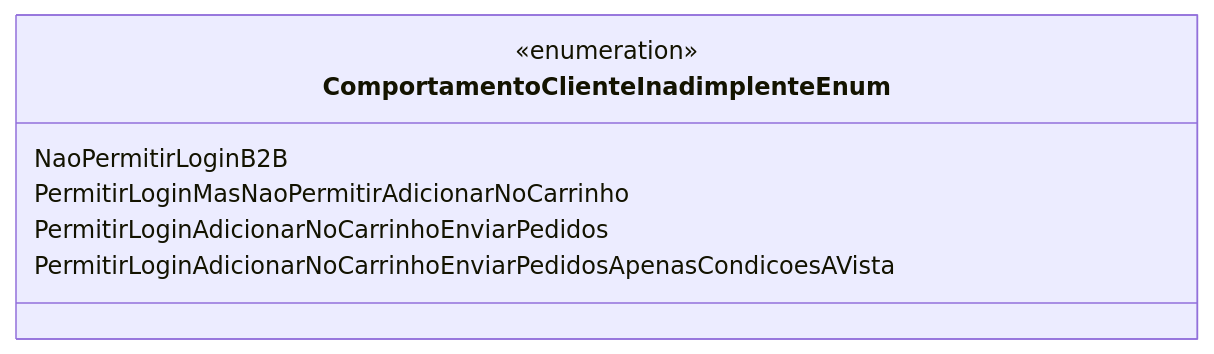
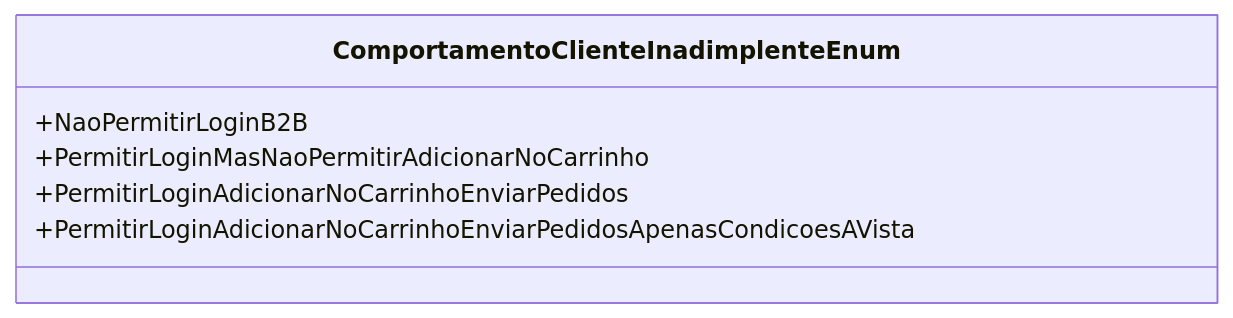
The diagram in docs/b2b-dominio/IsthmusWinthor.Nucleo/IsthmusWinthor.Dominio/Enumeradores/ComportamentoClienteInadimplenteEnum.md (IsthmusSistemas/documentacao-tecnica), drawn with Mermaid before and after one commit. The commit also changed other lines of this file and 882 other files, not shown here.

````diff
--- a/docs/b2b-dominio/IsthmusWinthor.Nucleo/IsthmusWinthor.Dominio/Enumeradores/ComportamentoClienteInadimplenteEnum.md
+++ b/docs/b2b-dominio/IsthmusWinthor.Nucleo/IsthmusWinthor.Dominio/Enumeradores/ComportamentoClienteInadimplenteEnum.md
@@ -12,10 +11,9 @@
 ```mermaid
 classDiagram
     class ComportamentoClienteInadimplenteEnum {
-        <<enumeration>>
-        NaoPermitirLoginB2B
-        PermitirLoginMasNaoPermitirAdicionarNoCarrinho
-        PermitirLoginAdicionarNoCarrinhoEnviarPedidos
-        PermitirLoginAdicionarNoCarrinhoEnviarPedidosApenasCondicoesAVista
+        +NaoPermitirLoginB2B
+        +PermitirLoginMasNaoPermitirAdicionarNoCarrinho
+        +PermitirLoginAdicionarNoCarrinhoEnviarPedidos
+        +PermitirLoginAdicionarNoCarrinhoEnviarPedidosApenasCondicoesAVista
     }
 ```
````
